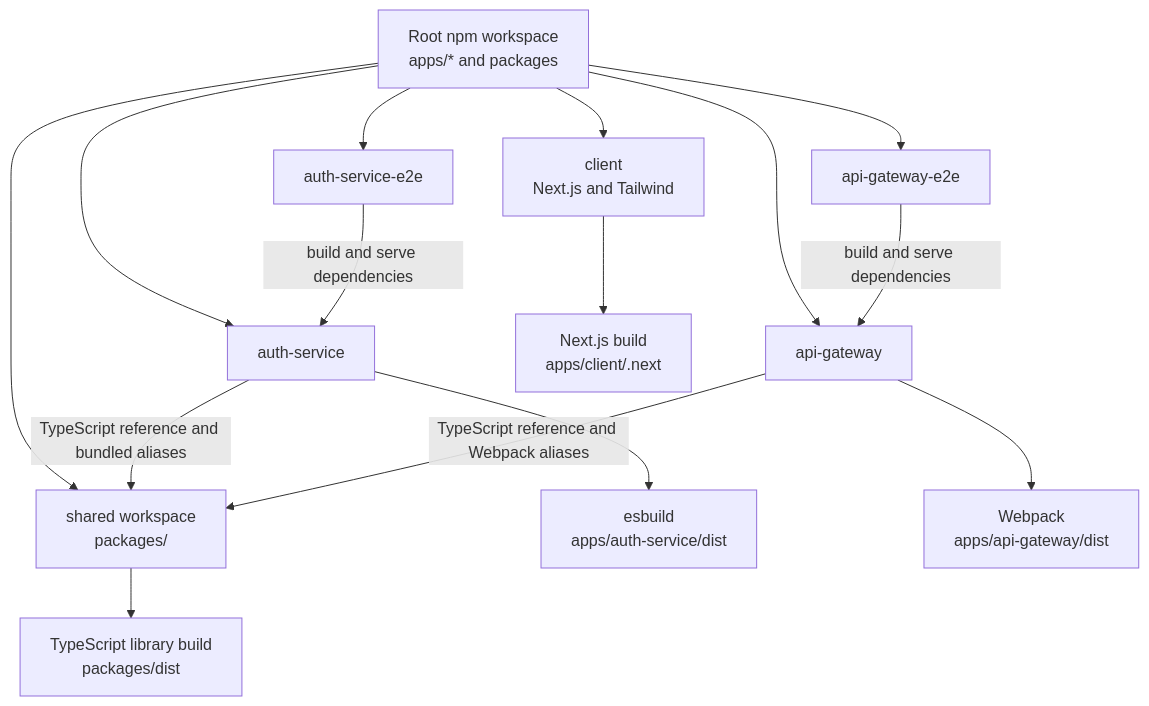
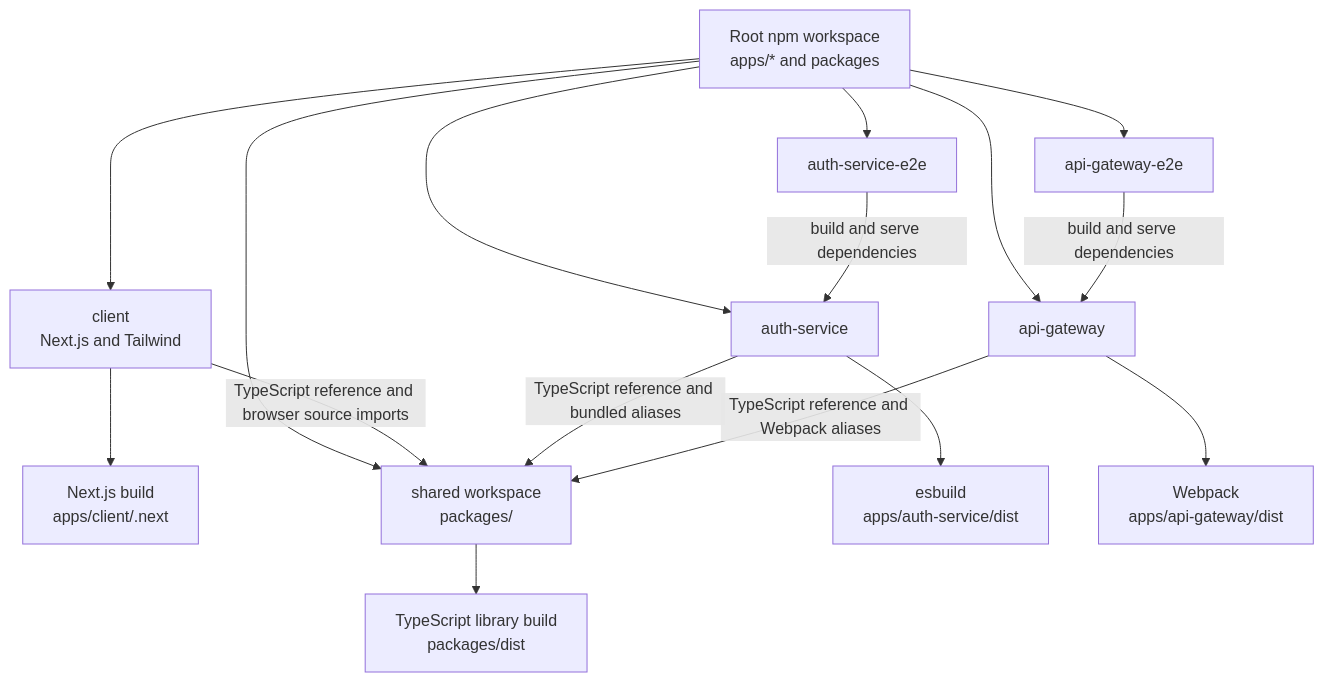
Before and after one commit to Kruskal892/Microservice-SaaS-E-commerce: the diagram in docs/architecture/repository-structure.md, drawn with Mermaid. The commit also changed other lines of this file and 45 other files, not shown here.

````diff
--- a/docs/architecture/repository-structure.md
+++ b/docs/architecture/repository-structure.md
@@ -78,17 +88,18 @@
 ```mermaid
 flowchart TD
     Root["Root npm workspace<br/>apps/* and packages"] --> Auth["auth-service"]
     Root --> Gateway["api-gateway"]
     Root --> Client["client<br/>Next.js and Tailwind"]
     Client --> Next["Next.js build<br/>apps/client/.next"]
     Root --> Shared["shared workspace<br/>packages/"]
     Root --> AuthE2E["auth-service-e2e"]
     Root --> GatewayE2E["api-gateway-e2e"]
+    Client -->|"TypeScript reference and browser source imports"| Shared
     Auth -->|"TypeScript reference and bundled aliases"| Shared
     Gateway -->|"TypeScript reference and Webpack aliases"| Shared
     AuthE2E -->|"build and serve dependencies"| Auth
     GatewayE2E -->|"build and serve dependencies"| Gateway
     Auth --> Esbuild["esbuild<br/>apps/auth-service/dist"]
     Gateway --> Webpack["Webpack<br/>apps/api-gateway/dist"]
     Shared --> TSC["TypeScript library build<br/>packages/dist"]
 ```
````
